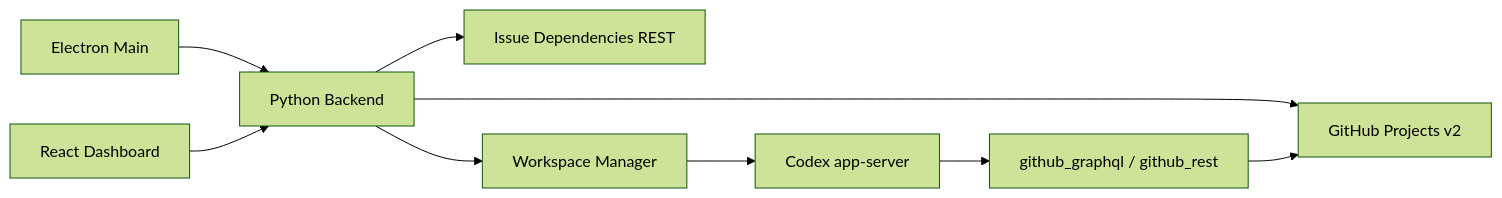
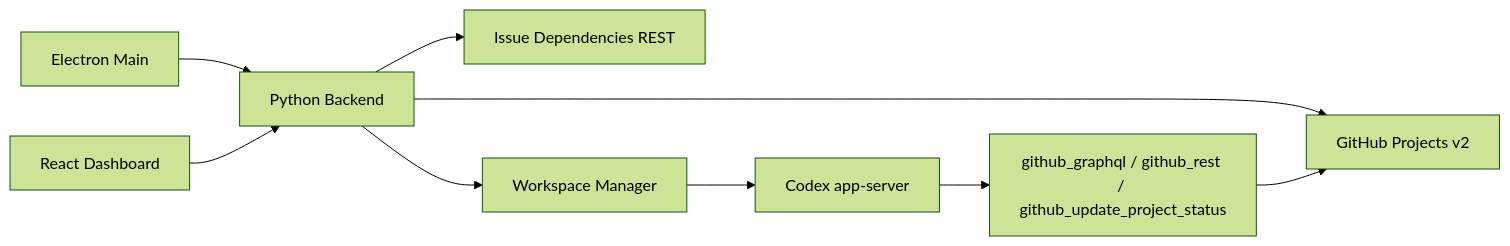
Before and after one commit to RailyW/github-symphony: the diagram in docs/architecture.md, drawn with Mermaid (forest theme). The commit also changed other lines of this file and 24 other files, not shown here.

````diff
--- a/docs/architecture.md
+++ b/docs/architecture.md
@@ -7,11 +7,11 @@
 ```mermaid
 flowchart LR
   A["Electron Main"] --> B["Python Backend"]
   C["React Dashboard"] --> B
   B --> D["GitHub Projects v2"]
   B --> E["Issue Dependencies REST"]
   B --> F["Workspace Manager"]
   F --> G["Codex app-server"]
-  G --> H["github_graphql / github_rest"]
+  G --> H["github_graphql / github_rest / github_update_project_status"]
   H --> D
 ```
````
